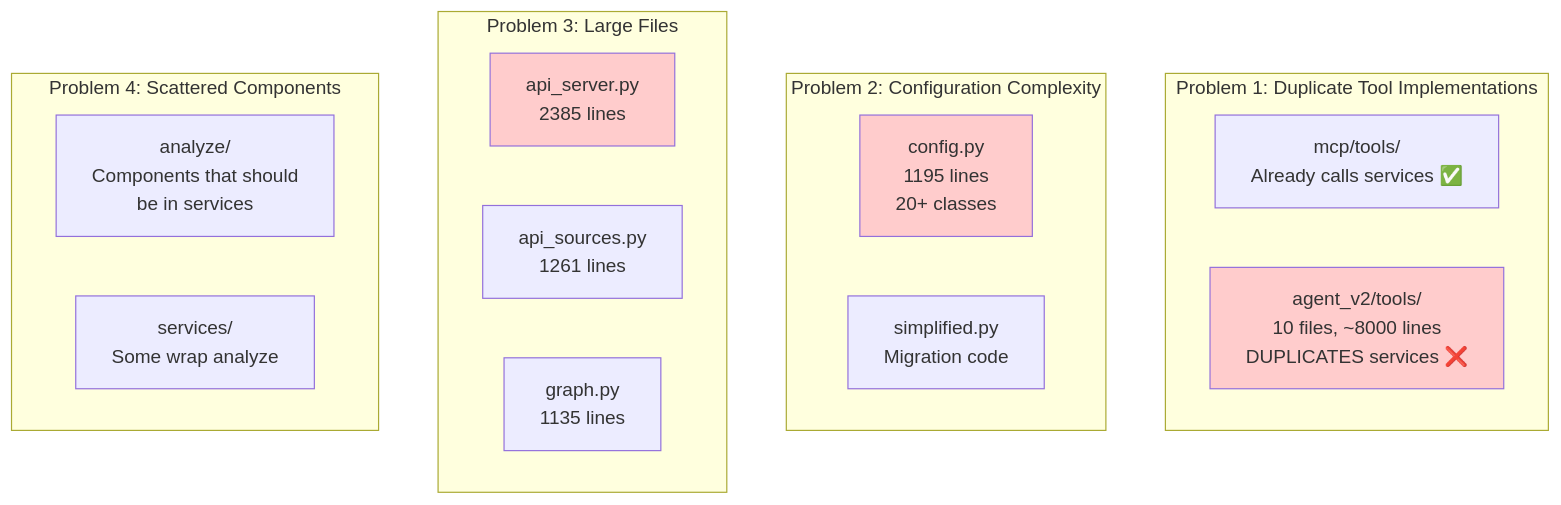
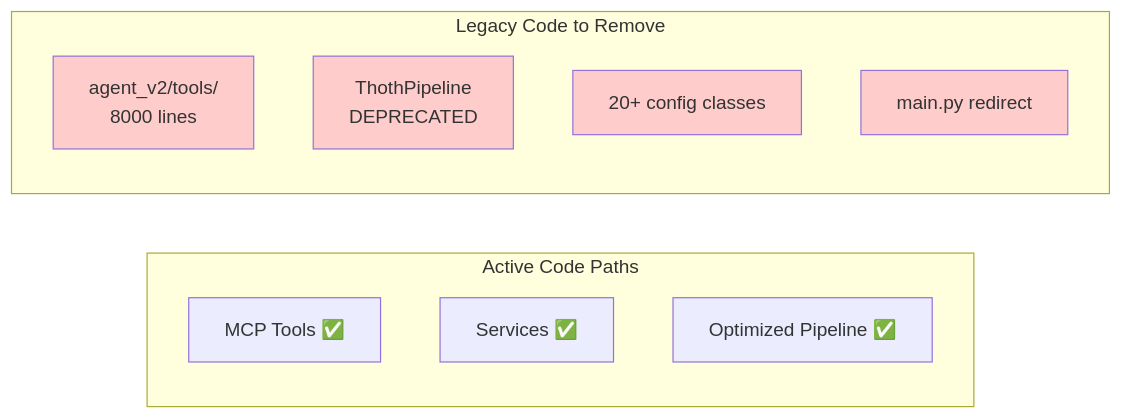
One commit to acertainKnight/project-thoth changed the diagram in planning/code_review_report.md. Above: the diagram before and after it, drawn with Mermaid. The commit also changed other lines of this file, not shown here.

Commit message:
Refactor: Remove legacy code and simplify Thoth codebase architecture

````diff
--- a/planning/code_review_report.md
+++ b/planning/code_review_report.md
@@ -34,27 +37,20 @@
 ```mermaid
-graph TB
-    subgraph "Problem 1: Duplicate Tool Implementations"
-        MCP[mcp/tools/<br/>Already calls services ✅]
-        Agent[agent_v2/tools/<br/>10 files, ~8000 lines<br/>DUPLICATES services ❌]
+graph LR
+    subgraph "Active Code Paths"
+        MCP[MCP Tools ✅]
+        Services[Services ✅]
+        Optimized[Optimized Pipeline ✅]
     end
-
-    subgraph "Problem 2: Configuration Complexity"
-        C1[config.py<br/>1195 lines<br/>20+ classes]
-        C2[simplified.py<br/>Migration code]
+    
+    subgraph "Legacy Code to Remove"
+        Agent[agent_v2/tools/<br/>8000 lines]
+        Deprecated[ThothPipeline<br/>DEPRECATED]
+        OldConfig[20+ config classes]
+        MainPy[main.py redirect]
     end
-
-    subgraph "Problem 3: Large Files"
-        F1[api_server.py<br/>2385 lines]
-        F2[api_sources.py<br/>1261 lines]
-        F3[graph.py<br/>1135 lines]
-    end
-
-    subgraph "Problem 4: Scattered Components"
-        AC[analyze/<br/>Components that should<br/>be in services]
-        SV[services/<br/>Some wrap analyze]
-    end
-
+    
     style Agent fill:#ffcccc
-    style C1 fill:#ffcccc
-    style F1 fill:#ffcccc
+    style Deprecated fill:#ffcccc
+    style OldConfig fill:#ffcccc
+    style MainPy fill:#ffcccc
 ```
````
